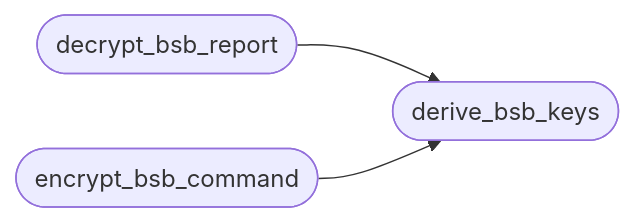
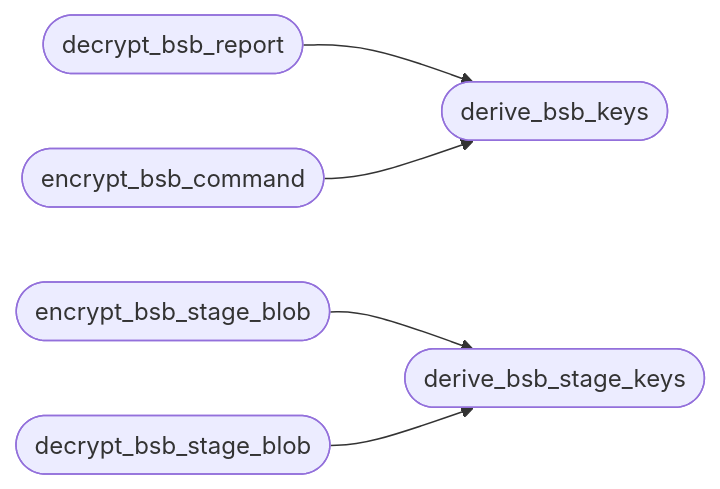
One commit to grisuno/LazyOwn changed the diagram in readmenator-apidocs/modules/modules.bsb_compat.py.md. Above: the diagram before and after it, drawn with Mermaid. The commit also changed other lines of this file and 508 other files, not shown here.

````diff
--- a/readmenator-apidocs/modules/modules.bsb_compat.py.md
+++ b/readmenator-apidocs/modules/modules.bsb_compat.py.md
@@ -33,8 +33,13 @@
 ```mermaid
 flowchart LR
     n_modules_bsb_compat_py__decrypt_bsb_report(["decrypt_bsb_report"])
     n_modules_bsb_compat_py__derive_bsb_keys(["derive_bsb_keys"])
     n_modules_bsb_compat_py__encrypt_bsb_command(["encrypt_bsb_command"])
+    n_modules_bsb_compat_py__encrypt_bsb_stage_blob(["encrypt_bsb_stage_blob"])
+    n_modules_bsb_compat_py__derive_bsb_stage_keys(["derive_bsb_stage_keys"])
+    n_modules_bsb_compat_py__decrypt_bsb_stage_blob(["decrypt_bsb_stage_blob"])
     n_modules_bsb_compat_py__decrypt_bsb_report --> n_modules_bsb_compat_py__derive_bsb_keys
     n_modules_bsb_compat_py__encrypt_bsb_command --> n_modules_bsb_compat_py__derive_bsb_keys
+    n_modules_bsb_compat_py__encrypt_bsb_stage_blob --> n_modules_bsb_compat_py__derive_bsb_stage_keys
+    n_modules_bsb_compat_py__decrypt_bsb_stage_blob --> n_modules_bsb_compat_py__derive_bsb_stage_keys
 ```
````
